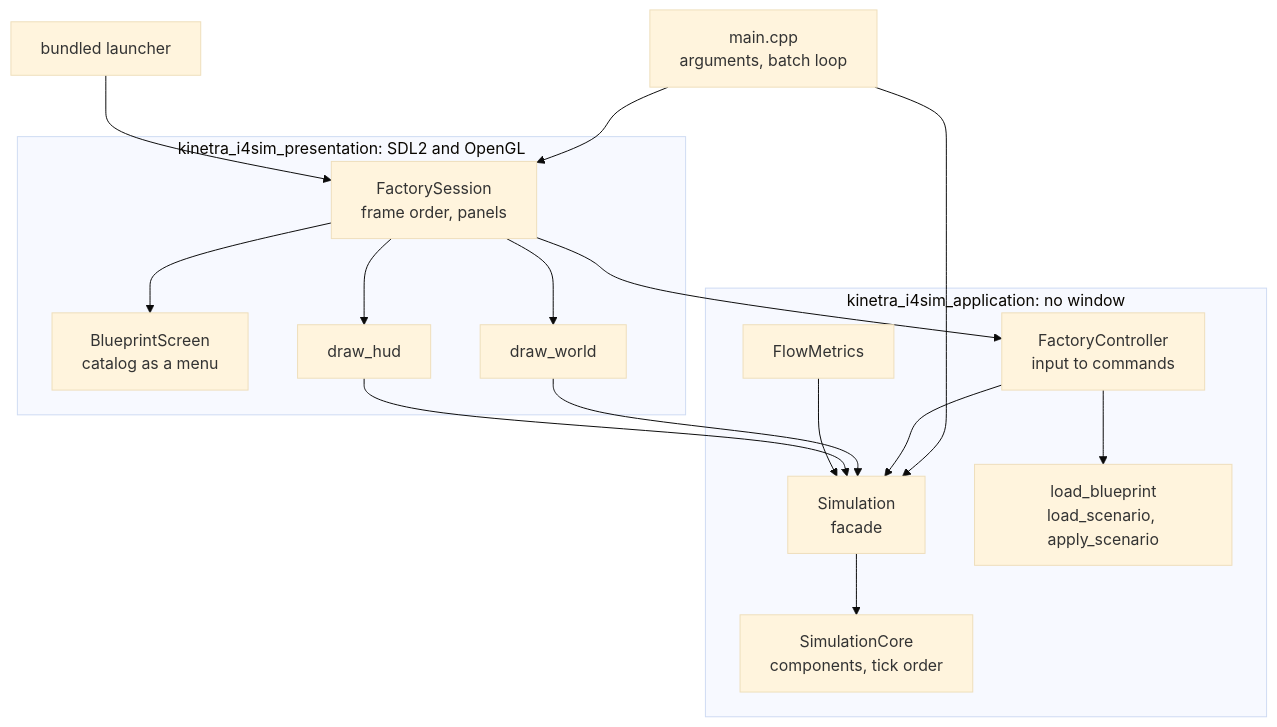
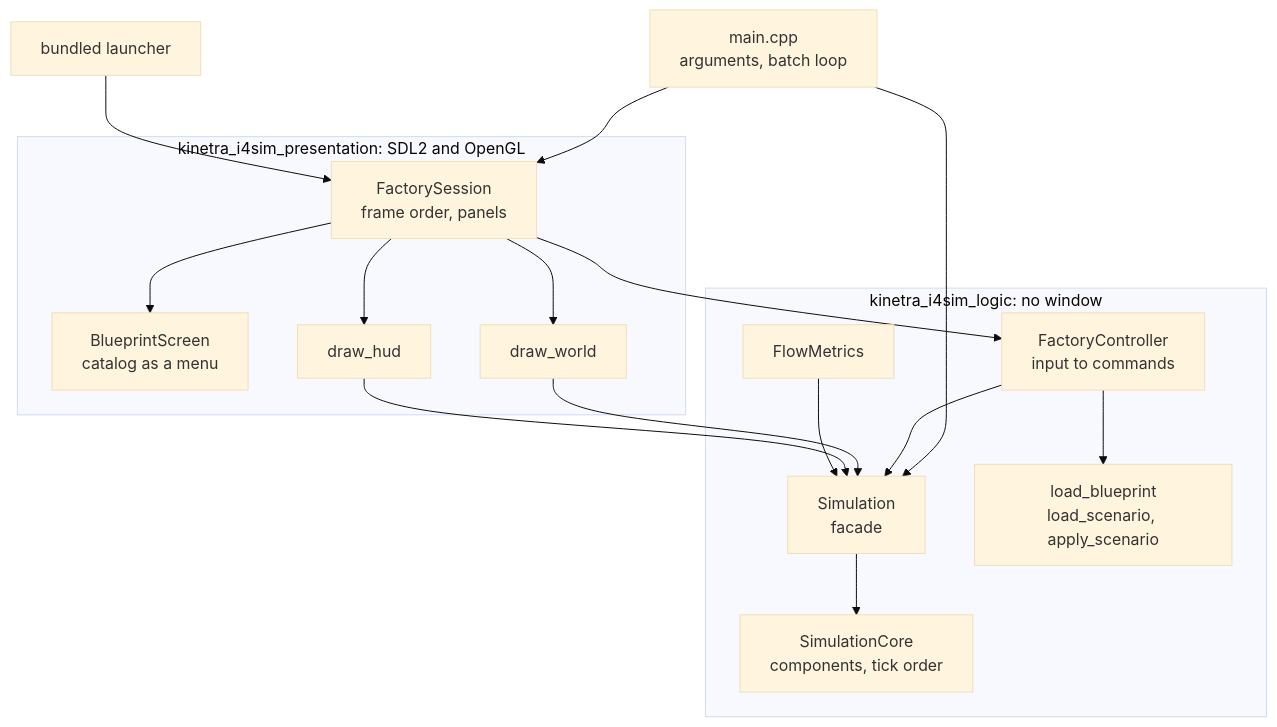
The first of 4 diagrams in labs/i4sim/README.md (SMB-M87/Kinetra-Lab), drawn with Mermaid (base theme) before and after one commit. The commit also changed 40 other files, not shown here.

````diff
--- a/labs/i4sim/README.md
+++ b/labs/i4sim/README.md
@@ -125,29 +125,29 @@
 ```mermaid
 flowchart TD
     Main["main.cpp<br/>arguments, batch loop"] --> Session["FactorySession<br/>frame order, panels"]
     Main --> Simulation
     Launcher["bundled launcher"] --> Session
     Session --> Screen["BlueprintScreen<br/>catalog as a menu"]
     Session --> Controller["FactoryController<br/>input to commands"]
     Session --> World["draw_world"]
     Session --> Hud["draw_hud"]
     Controller --> Loaders["load_blueprint<br/>load_scenario, apply_scenario"]
     Controller --> Simulation["Simulation<br/>facade"]
     World --> Simulation
     Hud --> Simulation
     Simulation --> Core["SimulationCore<br/>components, tick order"]
     Flow["FlowMetrics"] --> Simulation
-    subgraph headless ["kinetra_i4sim_application: no window"]
+    subgraph headless ["kinetra_i4sim_logic: no window"]
         Controller
         Loaders
         Simulation
         Core
         Flow
     end
     subgraph presentation ["kinetra_i4sim_presentation: SDL2 and OpenGL"]
         Session
         Screen
         World
         Hud
     end
 ```
````
